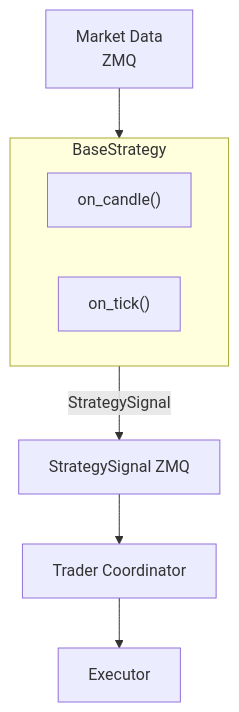
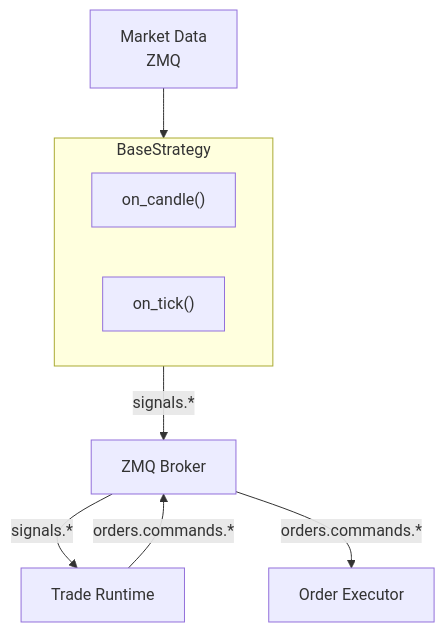
Before and after one commit to mateusz-klatt/snapper: the first of 2 diagrams in docs/strategies.md, drawn with Mermaid. The commit also changed other lines of this file and 43 other files, not shown here.

First line of the commit message:
feat(trade-runtime): facts-canonical architecture with durable state

````diff
--- a/docs/strategies.md
+++ b/docs/strategies.md
@@ -8,13 +10,15 @@
 ```mermaid
 flowchart TB
     MarketData["Market Data<br/>ZMQ"] --> Strategy
+    Broker["ZMQ Broker"]
 
     subgraph Strategy["BaseStrategy"]
         OnBar["on_candle()"]
         OnTick["on_tick()"]
     end
 
-    Strategy -->|StrategySignal| SignalOut["StrategySignal ZMQ"]
-    SignalOut --> Coordinator["Trader Coordinator"]
-    Coordinator --> Executor
+    Strategy -->|signals.*| Broker
+    Broker -->|signals.*| Coordinator["Trade Runtime"]
+    Coordinator -->|orders.commands.*| Broker
+    Broker -->|orders.commands.*| Executor["Order Executor"]
 ```
````
